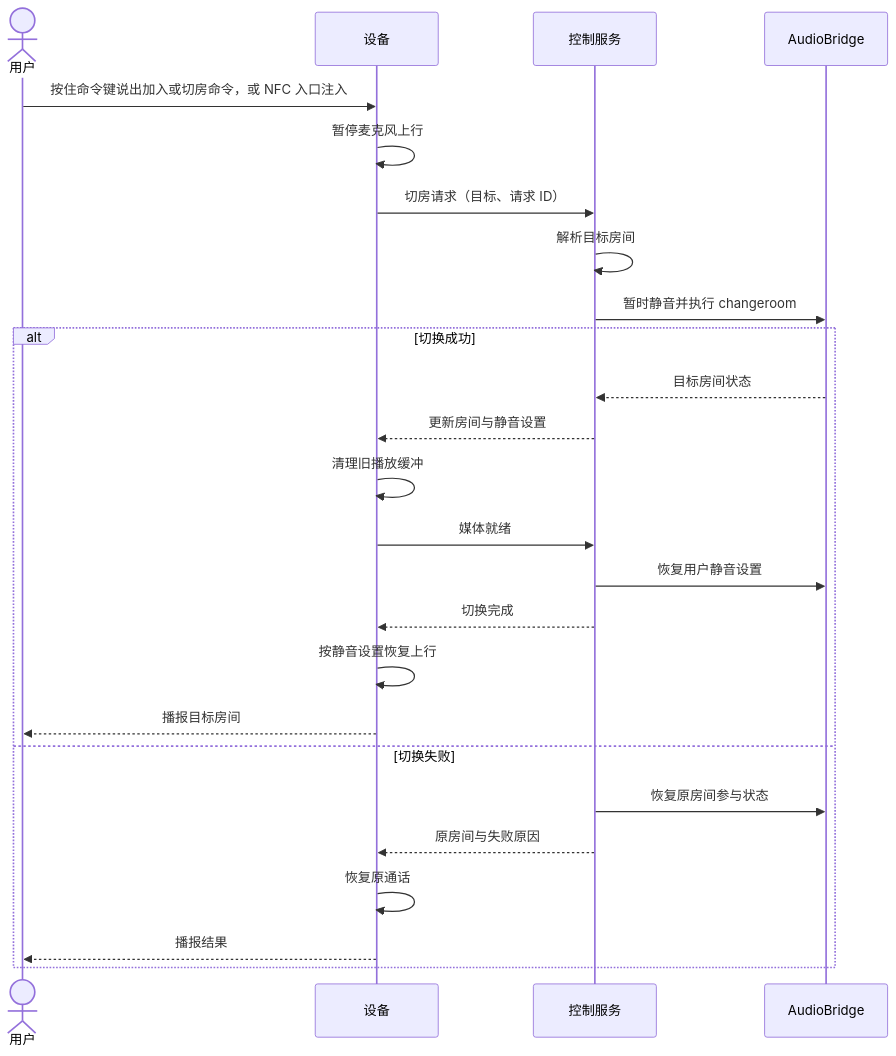
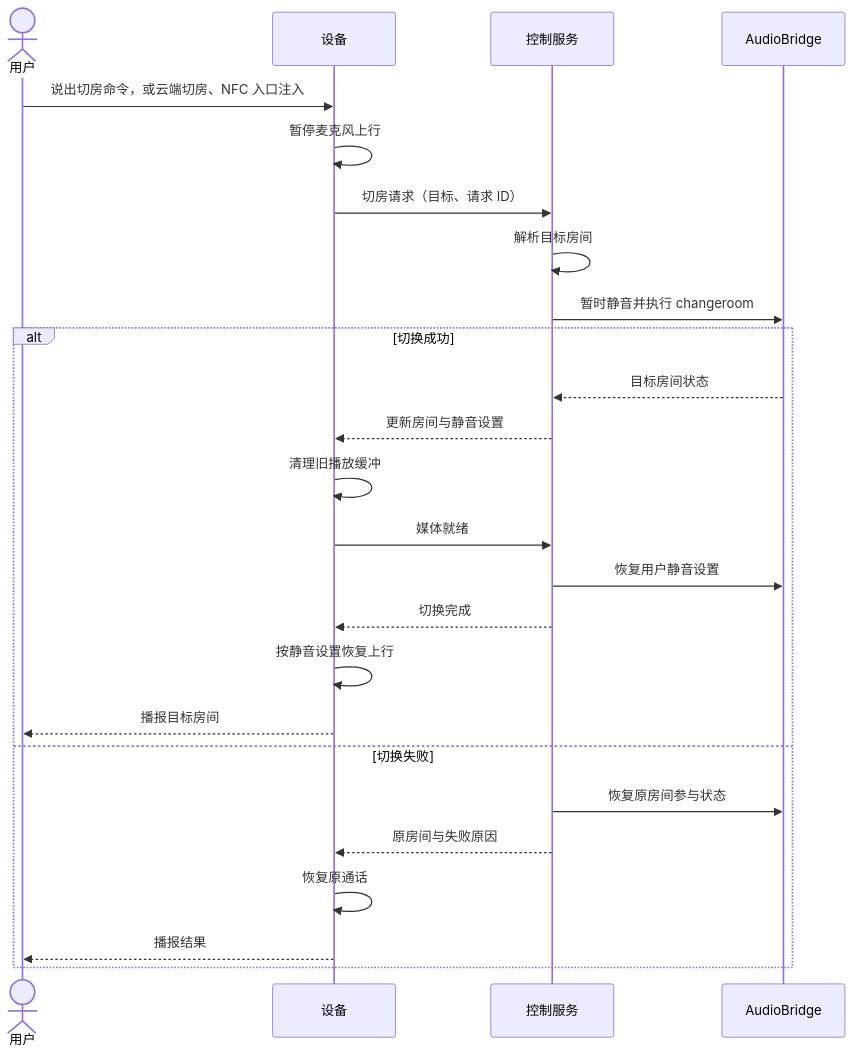
Before and after one commit to Shi1xin/linx-intercom: the fifth of 7 diagrams in docs/architecture-design.md, drawn with Mermaid. The commit also changed other lines of this file and 1 other file, not shown here.

````diff
--- a/docs/architecture-design.md
+++ b/docs/architecture-design.md
@@ -156,27 +205,27 @@
 ```mermaid
 sequenceDiagram
     actor U as 用户
     participant D as 设备
     participant C as 控制服务
     participant J as AudioBridge
-    U->>D: 按住命令键说出加入或切房命令，或 NFC 入口注入
+    U->>D: 说出切房命令，或云端切房、NFC 入口注入
     D->>D: 暂停麦克风上行
     D->>C: 切房请求（目标、请求 ID）
     C->>C: 解析目标房间
     C->>J: 暂时静音并执行 changeroom
     alt 切换成功
         J-->>C: 目标房间状态
         C-->>D: 更新房间与静音设置
         D->>D: 清理旧播放缓冲
         D->>C: 媒体就绪
         C->>J: 恢复用户静音设置
         C-->>D: 切换完成
         D->>D: 按静音设置恢复上行
         D-->>U: 播报目标房间
     else 切换失败
         C->>J: 恢复原房间参与状态
         C-->>D: 原房间与失败原因
         D->>D: 恢复原通话
         D-->>U: 播报结果
     end
 ```
````
